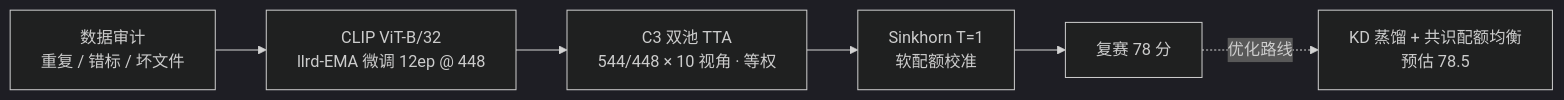
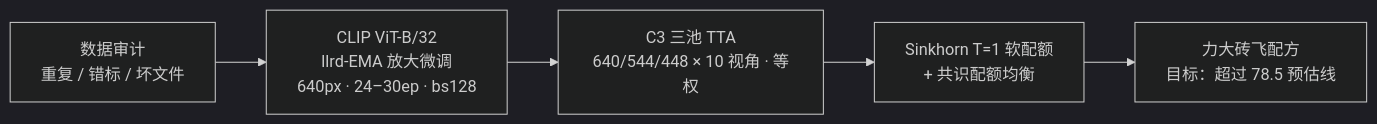
The diagram in README.md (qiuy-ue/aic-2026-fine-grained-finetuning), drawn with Mermaid (dark theme) before and after one commit. The commit also changed 1 other file, not shown here.

Commit message:
方案总览流程图整体替换为力大砖飞链路（放大微调 → 三池 TTA → 软配额+共识均衡 → 目标超 78.5）

````diff
--- a/README.md
+++ b/README.md
@@ -56,8 +56,7 @@
 ```mermaid
 flowchart LR
-    A[数据审计<br/>重复 / 错标 / 坏文件] --> B[CLIP ViT-B/32<br/>llrd-EMA 微调 12ep @ 448]
-    B --> C[C3 双池 TTA<br/>544/448 × 10 视角 · 等权]
-    C --> D[Sinkhorn T=1<br/>软配额校准]
-    D --> E[复赛 78 分]
-    E -.优化路线.-> F[KD 蒸馏 + 共识配额均衡<br/>预估 78.5]
+    A[数据审计<br/>重复 / 错标 / 坏文件] --> B[CLIP ViT-B/32<br/>llrd-EMA 放大微调<br/>640px · 24–30ep · bs128]
+    B --> C[C3 三池 TTA<br/>640/544/448 × 10 视角 · 等权]
+    C --> D[Sinkhorn T=1 软配额<br/>+ 共识配额均衡]
+    D --> E[力大砖飞配方<br/>目标：超过 78.5 预估线]
 ```
````
